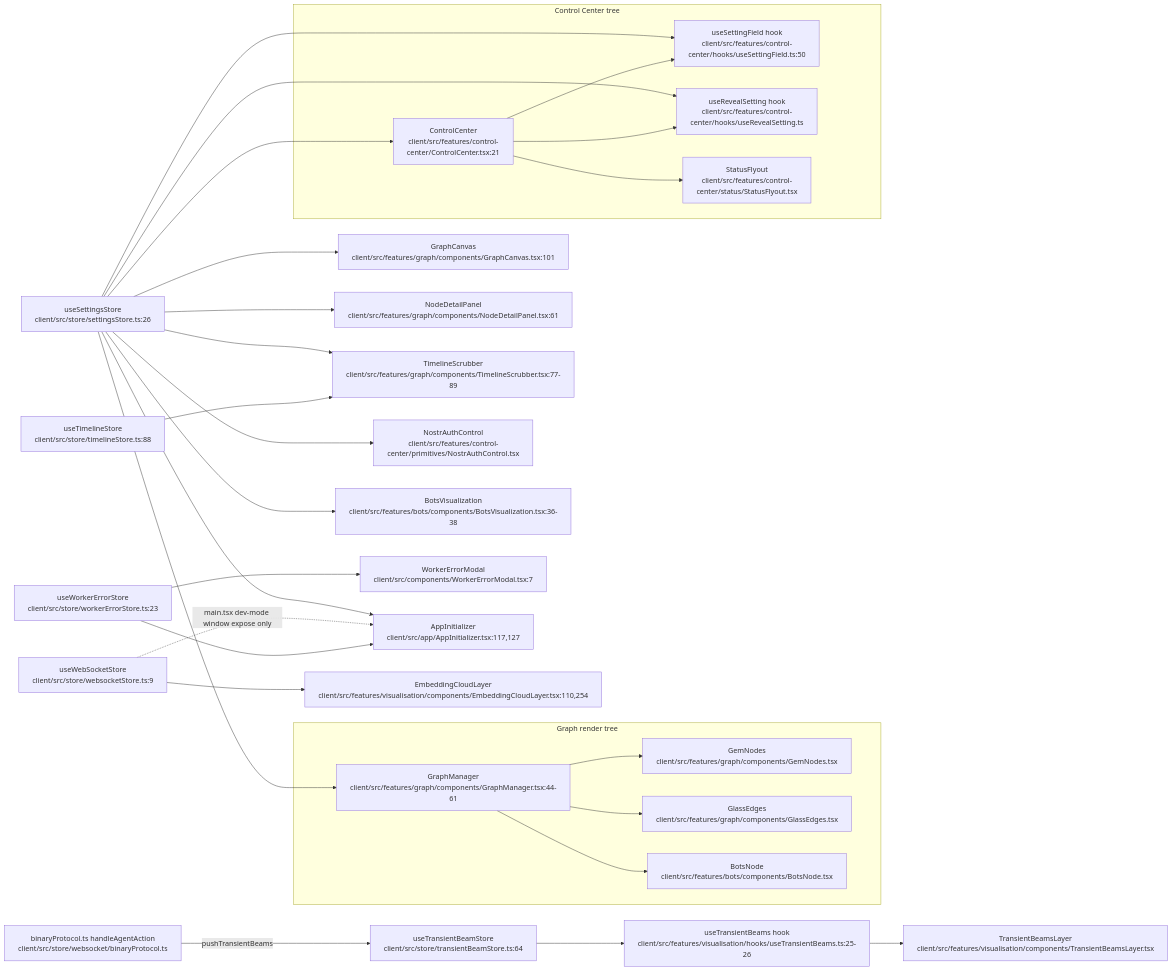
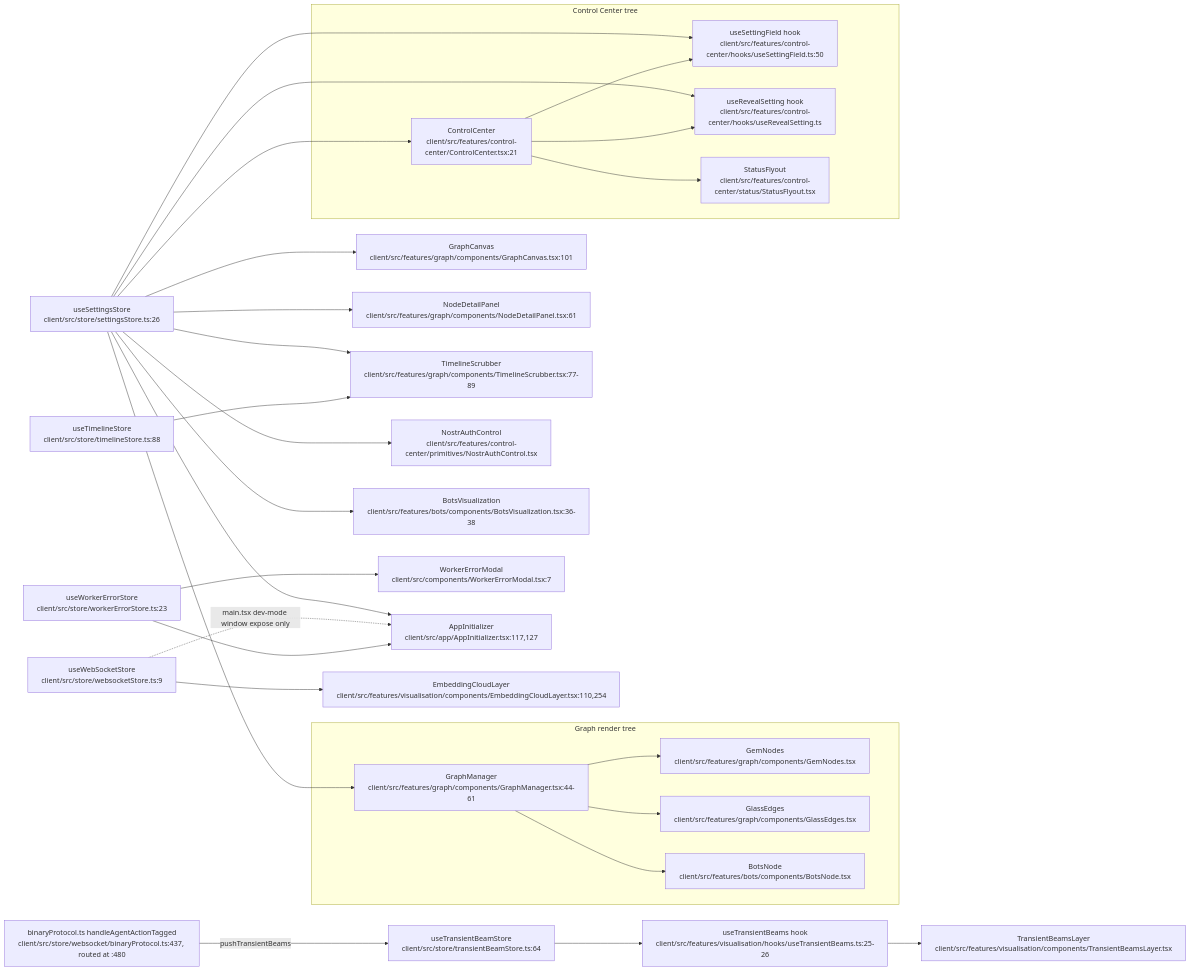
Before and after one commit to DreamLab-AI/AR-AI-Knowledge-Graph: diagram 12 of 12 in docs/diagrams/visionclaw/30-client-boot-and-state.md, drawn with Mermaid. The commit also changed 36 other files, not shown here.

````diff
--- a/docs/diagrams/visionclaw/30-client-boot-and-state.md
+++ b/docs/diagrams/visionclaw/30-client-boot-and-state.md
@@ -707,63 +707,63 @@
 ```mermaid
 flowchart LR
     settingsStore["useSettingsStore<br/>client/src/store/settingsStore.ts:26"]
     websocketStore["useWebSocketStore<br/>client/src/store/websocketStore.ts:9"]
     timelineStore["useTimelineStore<br/>client/src/store/timelineStore.ts:88"]
     beamStore["useTransientBeamStore<br/>client/src/store/transientBeamStore.ts:64"]
     workerErrStore["useWorkerErrorStore<br/>client/src/store/workerErrorStore.ts:23"]
 
     GraphManager["GraphManager<br/>client/src/features/graph/components/GraphManager.tsx:44-61"]
     GraphCanvas["GraphCanvas<br/>client/src/features/graph/components/GraphCanvas.tsx:101"]
     NodeDetailPanel["NodeDetailPanel<br/>client/src/features/graph/components/NodeDetailPanel.tsx:61"]
     GemNodes["GemNodes<br/>client/src/features/graph/components/GemNodes.tsx"]
     GlassEdges["GlassEdges<br/>client/src/features/graph/components/GlassEdges.tsx"]
     TimelineScrubber["TimelineScrubber<br/>client/src/features/graph/components/TimelineScrubber.tsx:77-89"]
     ControlCenter["ControlCenter<br/>client/src/features/control-center/ControlCenter.tsx:21"]
     SettingField["useSettingField hook<br/>client/src/features/control-center/hooks/useSettingField.ts:50"]
     RevealSetting["useRevealSetting hook<br/>client/src/features/control-center/hooks/useRevealSetting.ts"]
     NostrAuthControl["NostrAuthControl<br/>client/src/features/control-center/primitives/NostrAuthControl.tsx"]
     StatusFlyout["StatusFlyout<br/>client/src/features/control-center/status/StatusFlyout.tsx"]
     BotsVisualization["BotsVisualization<br/>client/src/features/bots/components/BotsVisualization.tsx:36-38"]
     BotsNode["BotsNode<br/>client/src/features/bots/components/BotsNode.tsx"]
     WorkerErrorModal["WorkerErrorModal<br/>client/src/components/WorkerErrorModal.tsx:7"]
     AppInitializer["AppInitializer<br/>client/src/app/AppInitializer.tsx:117,127"]
     EmbeddingCloudLayer["EmbeddingCloudLayer<br/>client/src/features/visualisation/components/EmbeddingCloudLayer.tsx:110,254"]
     useTransientBeams["useTransientBeams hook<br/>client/src/features/visualisation/hooks/useTransientBeams.ts:25-26"]
     TransientBeamsLayer["TransientBeamsLayer<br/>client/src/features/visualisation/components/TransientBeamsLayer.tsx"]
-    binaryProtocol["binaryProtocol.ts handleAgentAction<br/>client/src/store/websocket/binaryProtocol.ts"]
+    binaryProtocol["binaryProtocol.ts handleAgentActionTagged<br/>client/src/store/websocket/binaryProtocol.ts:437, routed at :480"]
 
     settingsStore --> GraphManager
     settingsStore --> GraphCanvas
     settingsStore --> NodeDetailPanel
     settingsStore --> TimelineScrubber
     settingsStore --> ControlCenter
     settingsStore --> SettingField
     settingsStore --> RevealSetting
     settingsStore --> NostrAuthControl
     settingsStore --> BotsVisualization
     settingsStore --> AppInitializer
 
     websocketStore --> EmbeddingCloudLayer
     websocketStore -.->|main.tsx dev-mode window expose only| AppInitializer
 
     timelineStore --> TimelineScrubber
 
     beamStore --> useTransientBeams
     useTransientBeams --> TransientBeamsLayer
     binaryProtocol -->|pushTransientBeams| beamStore
 
     workerErrStore --> WorkerErrorModal
     workerErrStore --> AppInitializer
 
     subgraph GraphRenderTree["Graph render tree"]
         GraphManager --> GemNodes
         GraphManager --> GlassEdges
         GraphManager --> BotsNode
     end
 
     subgraph ControlCenterTree["Control Center tree"]
         ControlCenter --> SettingField
         ControlCenter --> RevealSetting
         ControlCenter --> StatusFlyout
     end
 ```
````
